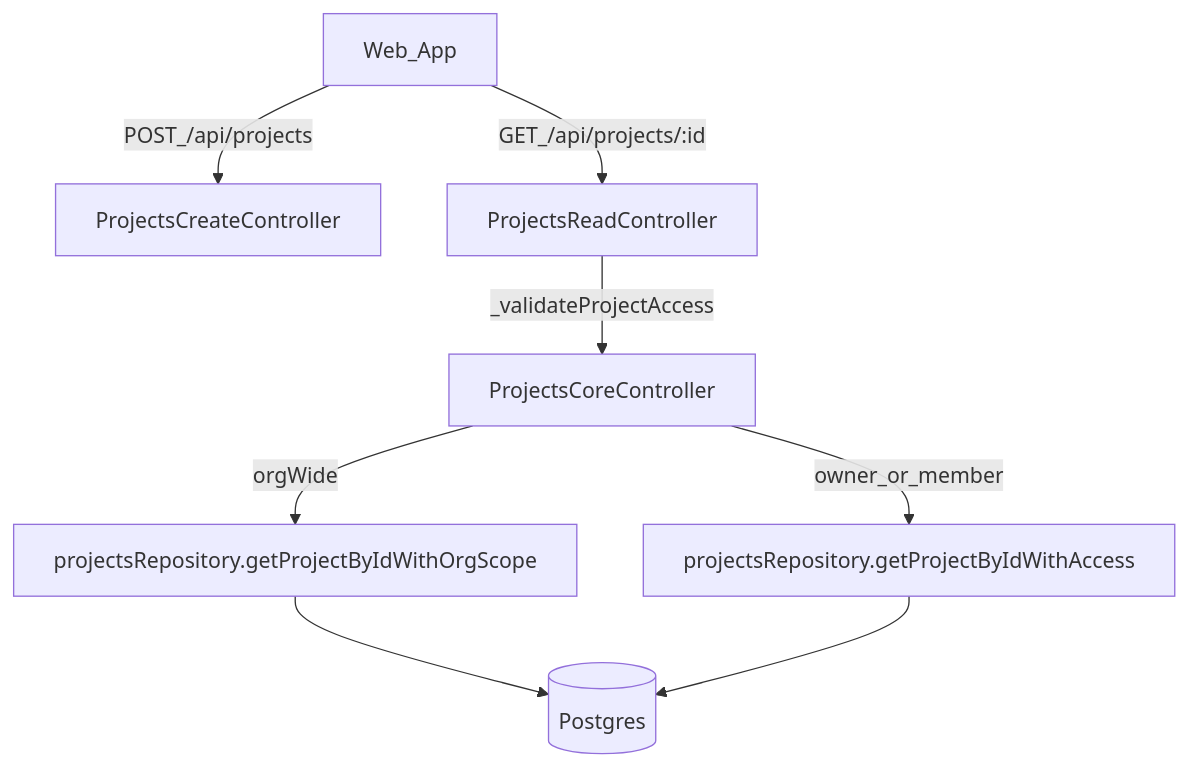
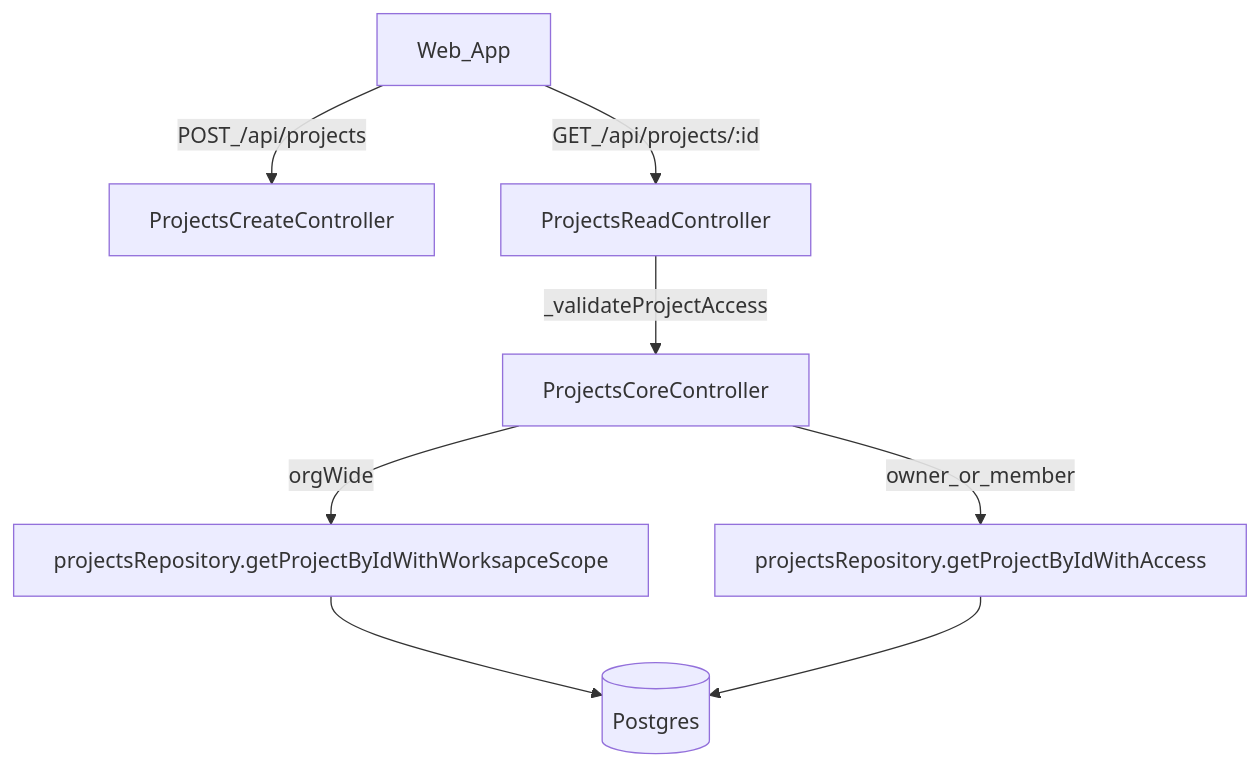
One commit to eugaelgomes/weave changed the diagram in .cursor/plans/fix_project_access_404_d2ccad2d.plan.md. Above: the diagram before and after it, drawn with Mermaid. The commit also changed other lines of this file and 154 other files, not shown here.

````diff
--- a/.cursor/plans/fix_project_access_404_d2ccad2d.plan.md
+++ b/.cursor/plans/fix_project_access_404_d2ccad2d.plan.md
@@ -72,10 +72,10 @@
 ```mermaid
 flowchart TD
   Web[Web_App] -->|POST_/api/projects| ServerCreate[ProjectsCreateController]
   Web -->|GET_/api/projects/:id| ServerRead[ProjectsReadController]
   ServerRead -->|_validateProjectAccess| AccessCheck[ProjectsCoreController]
   AccessCheck -->|owner_or_member| ByAccess[projectsRepository.getProjectByIdWithAccess]
-  AccessCheck -->|orgWide| ByOrg[projectsRepository.getProjectByIdWithOrgScope]
-  ByOrg --> Db[(Postgres)]
+  AccessCheck -->|orgWide| ByWorksapce[projectsRepository.getProjectByIdWithWorksapceScope]
+  ByWorksapce --> Db[(Postgres)]
   ByAccess --> Db
 ```
````
